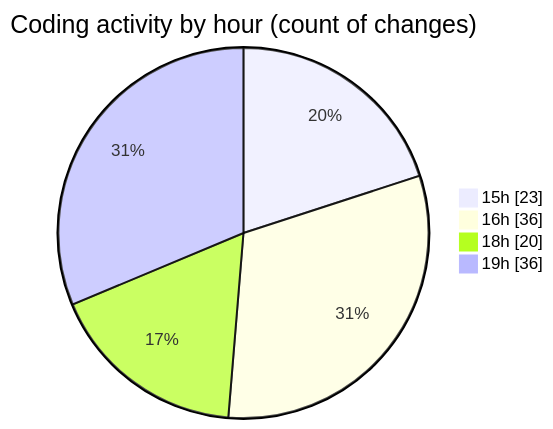
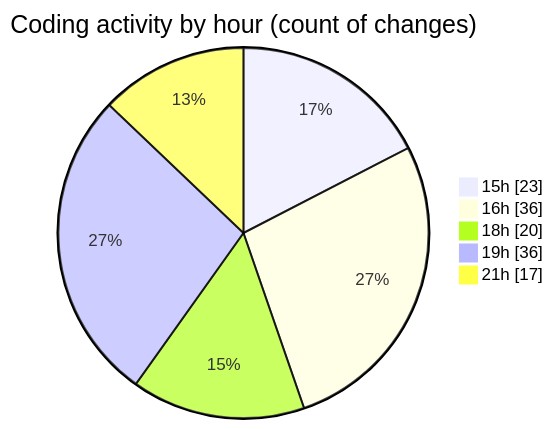
Before and after one commit to Netris89/code-tracking: the second of 2 diagrams in 2025-04-01/back-end/README.md, drawn with Mermaid. The commit also changed other lines of this file and 1 other file, not shown here.

````diff
--- a/2025-04-01/back-end/README.md
+++ b/2025-04-01/back-end/README.md
@@ -37,8 +38,9 @@
 ```mermaid
 pie showData
 title Coding activity by hour (count of changes)
 "15h" : 23
 "16h" : 36
 "18h" : 20
 "19h" : 36
+"21h" : 17
 ```
````
